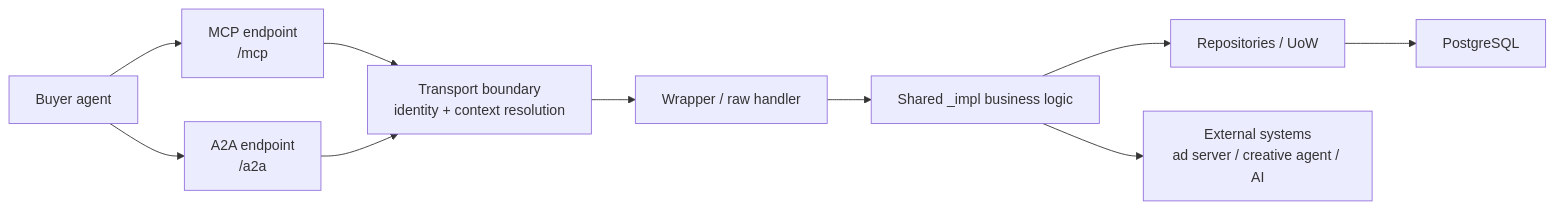
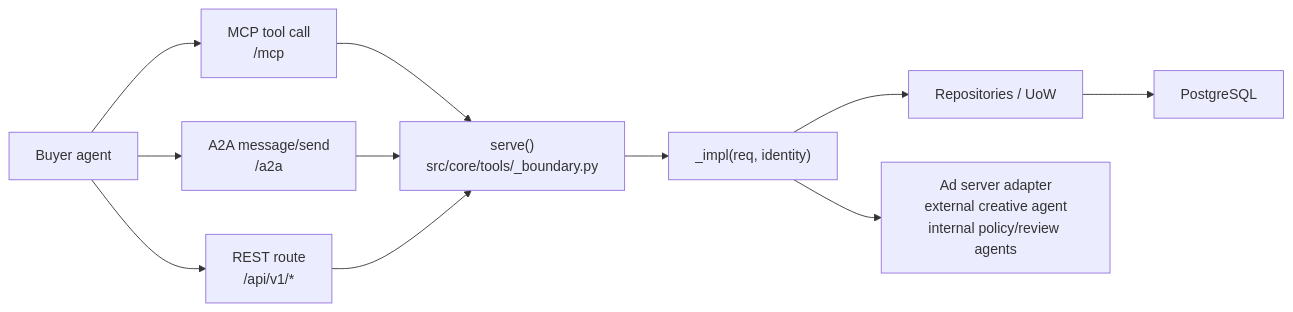
The first of 3 diagrams in docs/development/a2a-mcp-agent-flows.md (KonstantinMirin/prebid-salesagent), drawn with Mermaid before and after one commit. The commit also changed other lines of this file and 43 other files, not shown here.

First line of the commit message:
docs: rewrite the design documentation for the boundary architecture

````diff
--- a/docs/development/a2a-mcp-agent-flows.md
+++ b/docs/development/a2a-mcp-agent-flows.md
@@ -18,22 +17,23 @@
 ```mermaid
 flowchart LR
     Buyer["Buyer agent"]
-    MCP["MCP endpoint\n/mcp"]
-    A2A["A2A endpoint\n/a2a"]
-    MW["Transport boundary\nidentity + context resolution"]
-    Wrap["Wrapper / raw handler"]
-    Impl["Shared _impl business logic"]
+    MCP["MCP tool call\n/mcp"]
+    A2A["A2A message/send\n/a2a"]
+    REST["REST route\n/api/v1/*"]
+    Serve["serve()\nsrc/core/tools/_boundary.py"]
+    Impl["_impl(req, identity)"]
     Repo["Repositories / UoW"]
     DB["PostgreSQL"]
-    Ext["External systems\nad server / creative agent / AI"]
+    Ext["Ad server adapter\nexternal creative agent\ninternal policy/review agents"]
 
     Buyer --> MCP
     Buyer --> A2A
-    MCP --> MW
-    A2A --> MW
-    MW --> Wrap
-    Wrap --> Impl
+    Buyer --> REST
+    MCP --> Serve
+    A2A --> Serve
+    REST --> Serve
+    Serve --> Impl
     Impl --> Repo
     Repo --> DB
     Impl --> Ext
 ```
````
